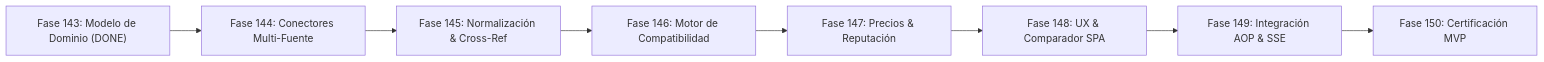
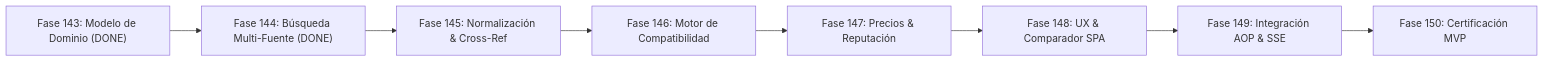
One commit to johangonzahenri/ai-operating-platform changed the third of 4 diagrams in docs/MASTER_WORK_PLAN.md. Above: the diagram before and after it, drawn with Mermaid. The commit also changed other lines of this file and 22 other files, not shown here.

````diff
--- a/docs/MASTER_WORK_PLAN.md
+++ b/docs/MASTER_WORK_PLAN.md
@@ -542,10 +583,10 @@
 ```mermaid
 flowchart LR
-    F143["Fase 143: Modelo de Dominio (DONE)"] --> F144["Fase 144: Conectores Multi-Fuente"]
+    F143["Fase 143: Modelo de Dominio (DONE)"] --> F144["Fase 144: Búsqueda Multi-Fuente (DONE)"]
     F144 --> F145["Fase 145: Normalización & Cross-Ref"]
     F145 --> F146["Fase 146: Motor de Compatibilidad"]
     F146 --> F147["Fase 147: Precios & Reputación"]
     F147 --> F148["Fase 148: UX & Comparador SPA"]
     F148 --> F149["Fase 149: Integración AOP & SSE"]
     F149 --> F150["Fase 150: Certificación MVP"]
 ```
````
